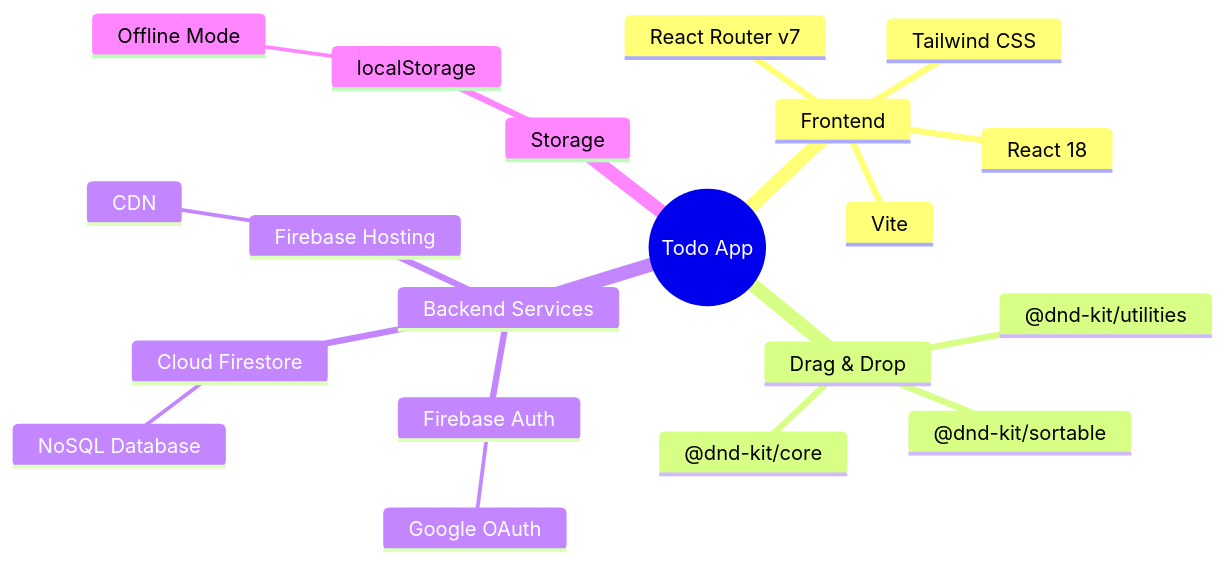
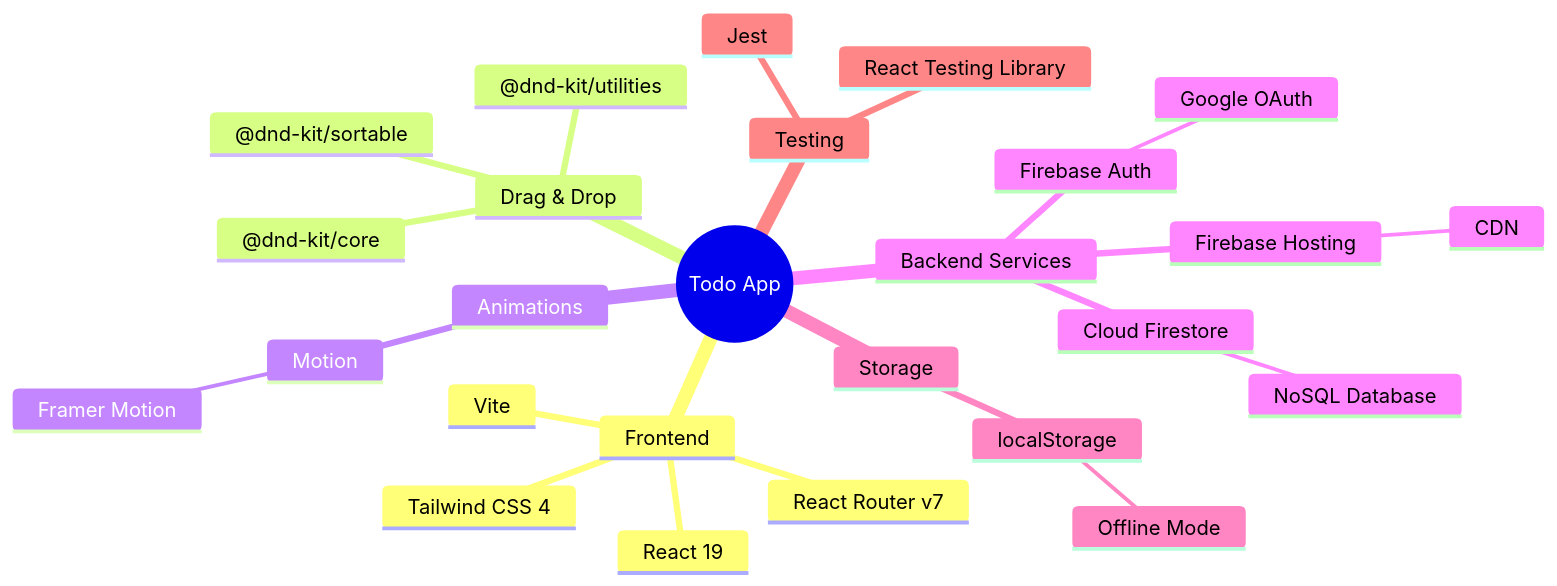
Diagram 11 of 13 in UML-Mermaid.md (ZachGrande/todo), drawn with Mermaid before and after one commit. The commit also changed 2 other files, not shown here.

Commit message:
docs: update readme and diagrams

````diff
--- a/UML-Mermaid.md
+++ b/UML-Mermaid.md
@@ -418,23 +418,29 @@
 ```mermaid
 mindmap
   root((Todo App))
     Frontend
-      React 18
+      React 19
       Vite
-      Tailwind CSS
+      Tailwind CSS 4
       React Router v7
     Drag & Drop
       @dnd-kit/core
       @dnd-kit/sortable
       @dnd-kit/utilities
+    Animations
+      Motion
+        Framer Motion
     Backend Services
       Firebase Auth
         Google OAuth
       Cloud Firestore
         NoSQL Database
       Firebase Hosting
         CDN
     Storage
       localStorage
         Offline Mode
+    Testing
+      Jest
+      React Testing Library
 ```
````
